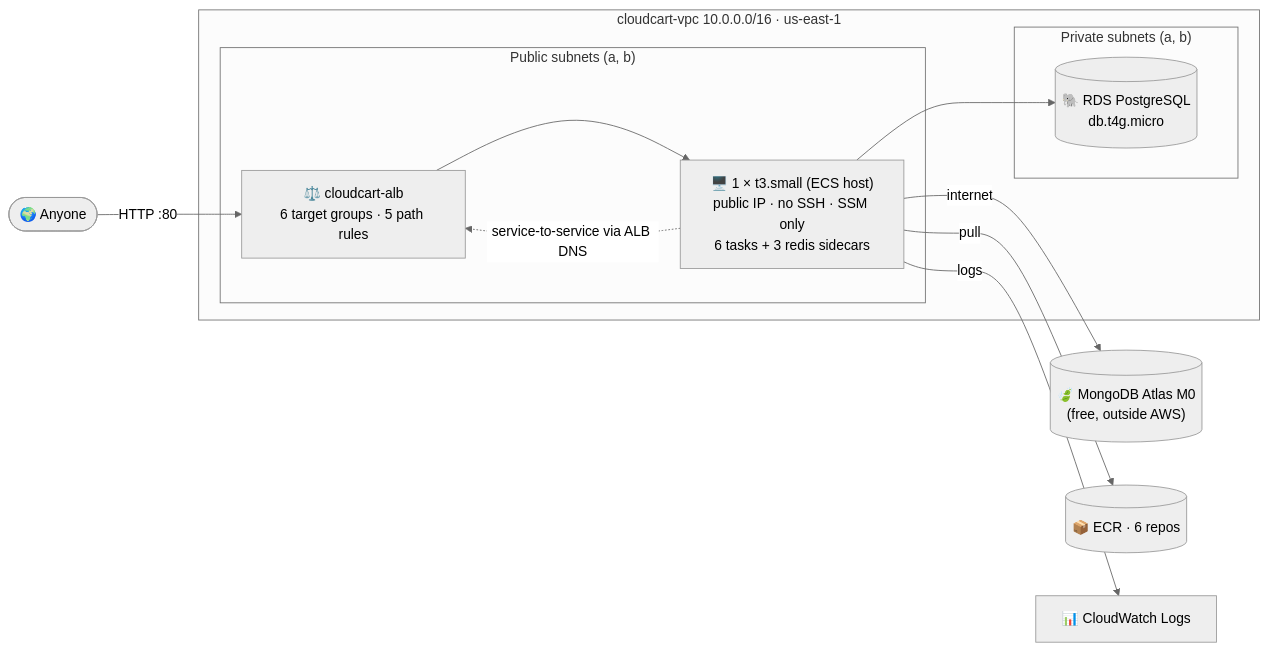
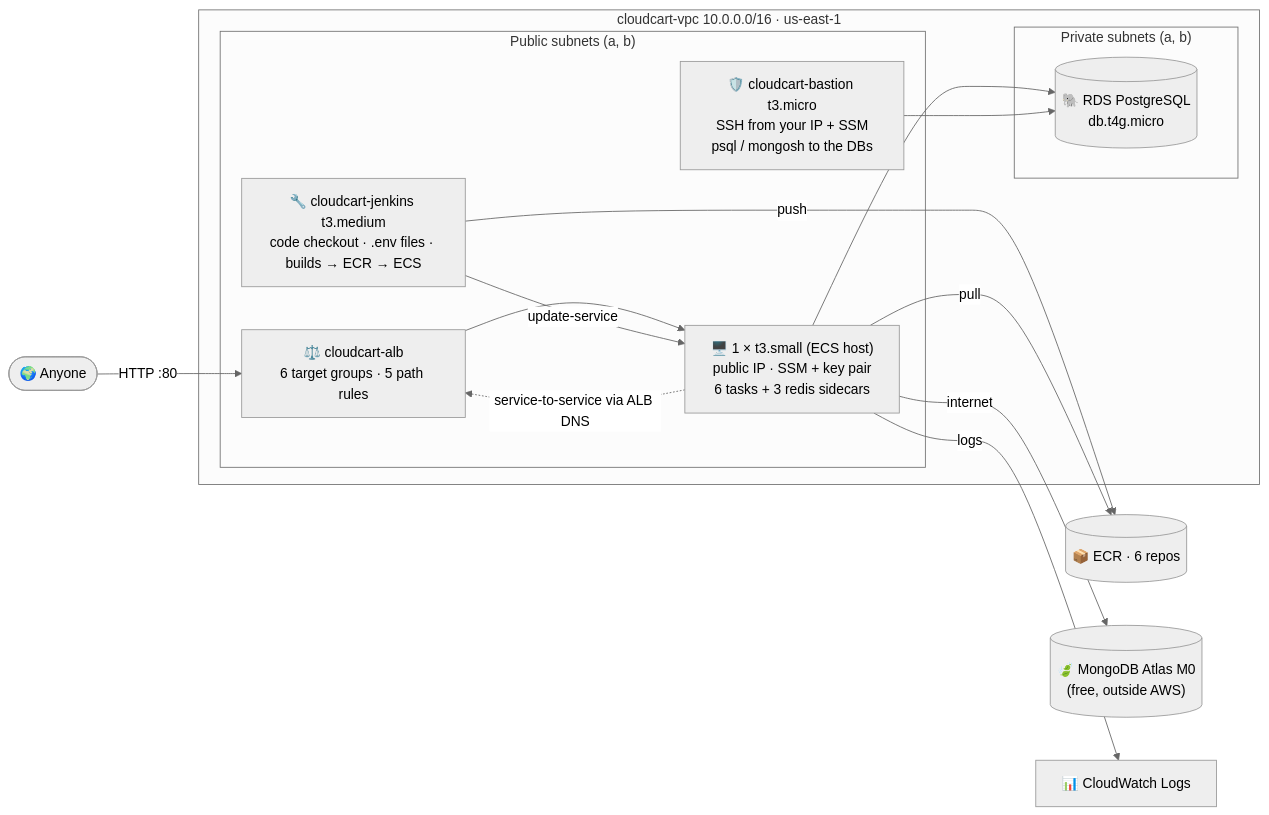
Before and after one commit to abhisheksah255/CloudCart: the diagram in docs/04-aws-stage1-mvp.md, drawn with Mermaid (neutral theme). The commit also changed other lines of this file and 15 other files, not shown here.

Commit message:
Updating the code and doc for bastion host and jenkin server added

````diff
--- a/docs/04-aws-stage1-mvp.md
+++ b/docs/04-aws-stage1-mvp.md
@@ -9,20 +9,25 @@
 ```mermaid
 flowchart LR
     U([🌍 Anyone]) -->|HTTP :80| ALB
 
     subgraph VPC["cloudcart-vpc 10.0.0.0/16 · us-east-1"]
         subgraph PUB["Public subnets (a, b)"]
             ALB["⚖️ cloudcart-alb<br/>6 target groups · 5 path rules"]
-            EC2["🖥️ 1 × t3.small (ECS host)<br/>public IP · no SSH · SSM only<br/>6 tasks + 3 redis sidecars"]
+            EC2["🖥️ 1 × t3.small (ECS host)<br/>public IP · SSM + key pair<br/>6 tasks + 3 redis sidecars"]
+            BAS["🛡️ cloudcart-bastion t3.micro<br/>SSH from your IP + SSM<br/>psql / mongosh to the DBs"]
+            JEN["🔧 cloudcart-jenkins t3.medium<br/>code checkout · .env files · builds → ECR → ECS"]
         end
         subgraph PRIV["Private subnets (a, b)"]
             RDS[("🐘 RDS PostgreSQL<br/>db.t4g.micro")]
         end
     end
     ALB --> EC2
     EC2 --> RDS
+    BAS --> RDS
+    JEN -->|push| ECR
+    JEN -->|update-service| EC2
     EC2 -->|internet| ATLAS[("🍃 MongoDB Atlas M0<br/>(free, outside AWS)")]
     EC2 -->|pull| ECR[("📦 ECR · 6 repos")]
     EC2 -->|logs| CW["📊 CloudWatch Logs"]
     EC2 -.->|service-to-service via ALB DNS| ALB
 ```
````
